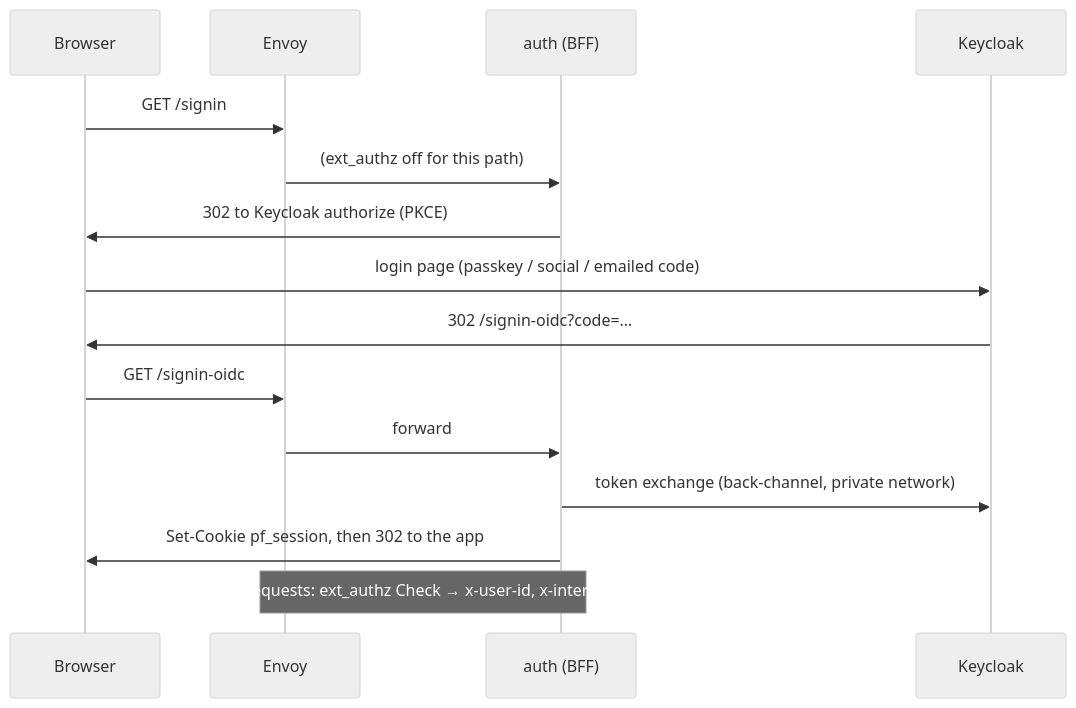
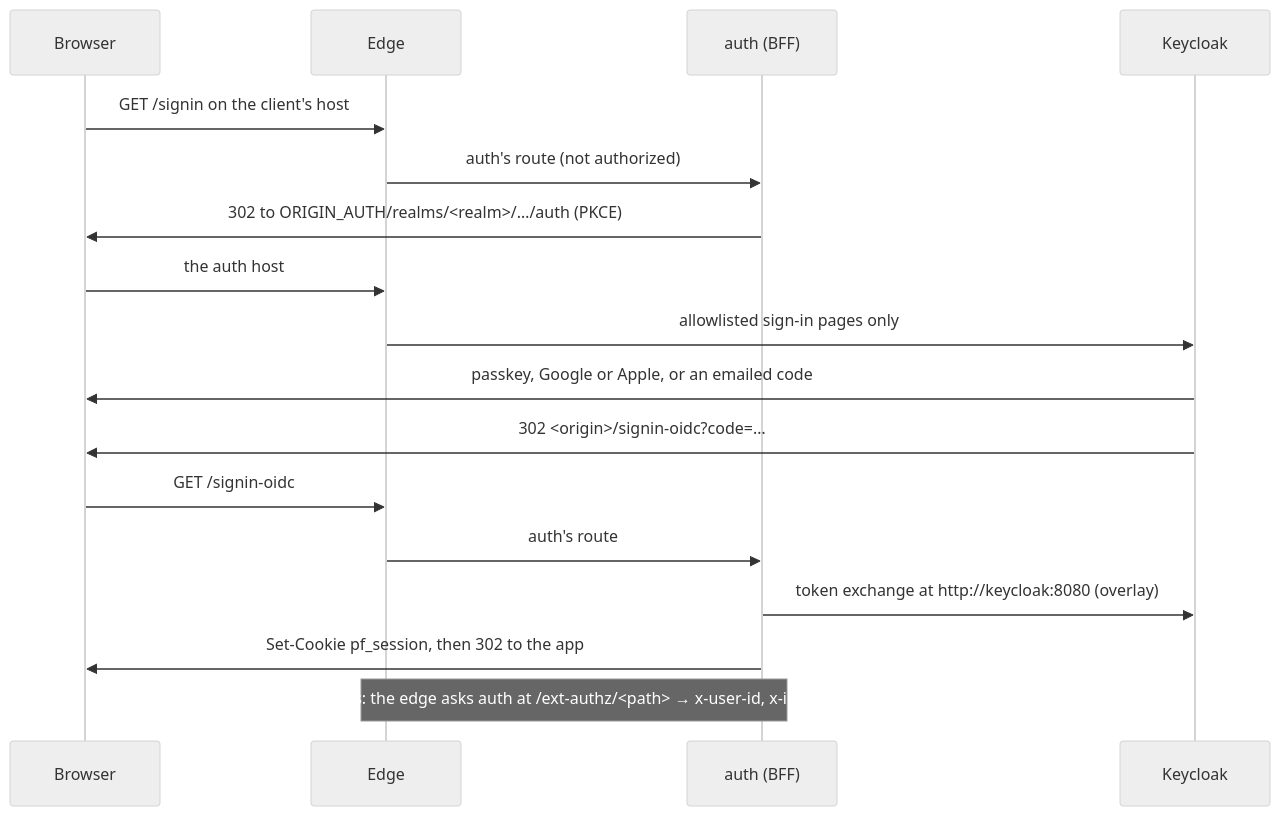
Before and after one commit to duncan-G/ProtoFast: the diagram in docs/05-identity.md, drawn with Mermaid (neutral theme). The commit also changed other lines of this file and 445 other files, not shown here.

````diff
--- a/docs/05-identity.md
+++ b/docs/05-identity.md
@@ -11,17 +11,19 @@
 ```mermaid
 sequenceDiagram
     participant B as Browser
-    participant E as Envoy
+    participant E as Edge
     participant A as auth (BFF)
     participant K as Keycloak
-    B->>E: GET /signin
-    E->>A: (ext_authz off for this path)
-    A->>B: 302 to Keycloak authorize (PKCE)
-    B->>K: login page (passkey / social / emailed code)
-    K->>B: 302 /signin-oidc?code=…
+    B->>E: GET /signin on the client's host
+    E->>A: auth's route (not authorized)
+    A->>B: 302 to ORIGIN_AUTH/realms/<realm>/…/auth (PKCE)
+    B->>E: the auth host
+    E->>K: allowlisted sign-in pages only
+    K->>B: passkey, Google or Apple, or an emailed code
+    K->>B: 302 <origin>/signin-oidc?code=…
     B->>E: GET /signin-oidc
-    E->>A: forward
-    A->>K: token exchange (back-channel, private network)
+    E->>A: auth's route
+    A->>K: token exchange at http://keycloak:8080 (overlay)
     A->>B: Set-Cookie pf_session, then 302 to the app
-    Note over E,A: later requests: ext_authz Check → x-user-id, x-internal-jwt
+    Note over E,A: later requests: the edge asks auth at /ext-authz/<path> → x-user-id, x-internal-jwt, …
 ```
````
